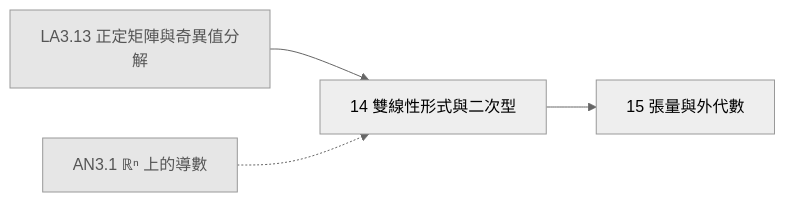
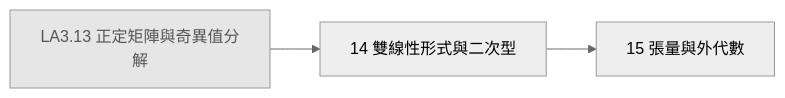
Before and after one commit to AkizumiFox/math-atlas: the diagram in generated/chapters/LA4.mmd, drawn with Mermaid (neutral theme). The commit also changed 7 other files, not shown here.

```diff
--- a/generated/chapters/LA4.mmd
+++ b/generated/chapters/LA4.mmd
@@ -1,11 +1,9 @@
 flowchart LR
   LA3_13["LA3.13 正定矩陣與奇異值分解"]:::ext
-  AN3_1["AN3.1 ℝⁿ 上的導數"]:::ext
   LA4_14["14 雙線性形式與二次型"]
   LA4_15["15 張量與外代數"]
   LA3_13 --> LA4_14
-  AN3_1 -.-> LA4_14
   LA4_14 --> LA4_15
   classDef ext fill:#e6e6e6,stroke:#999,color:#555
   classDef opt fill:#fff,stroke:#999,stroke-dasharray:4 3,color:#555
   classDef segb fill:#f6f6fb,stroke:#99a,color:#333
```
